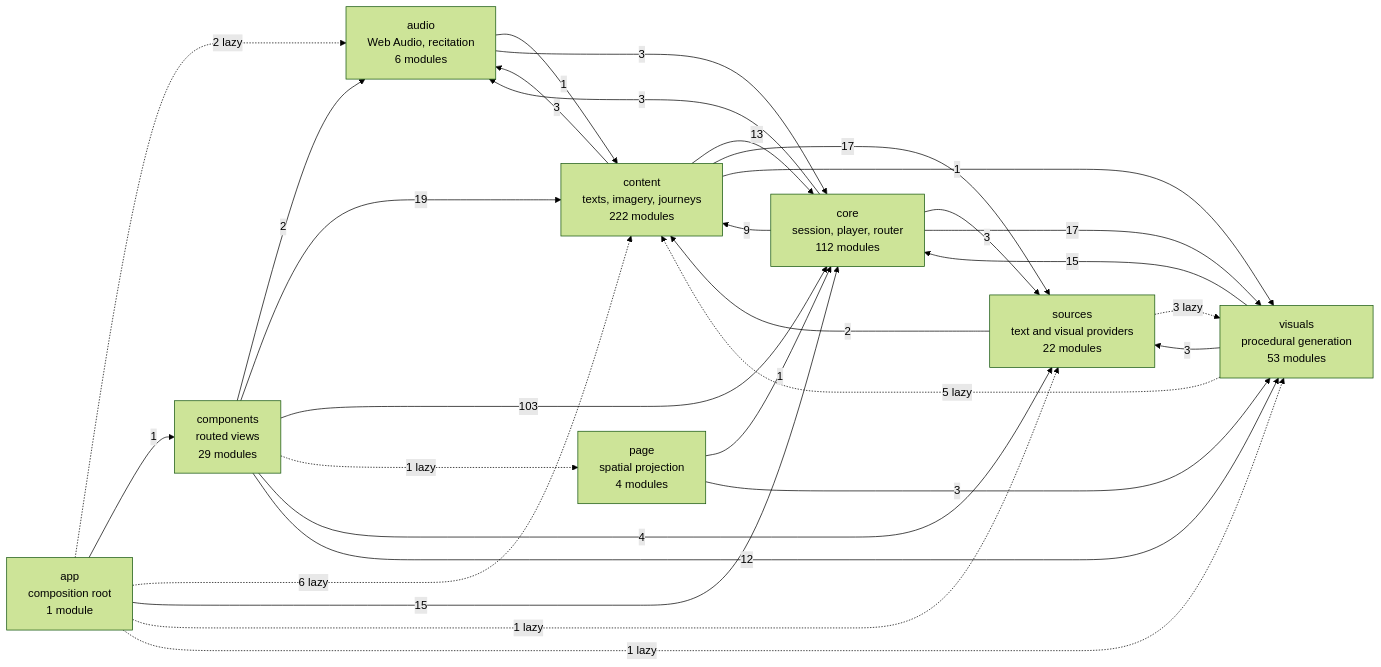
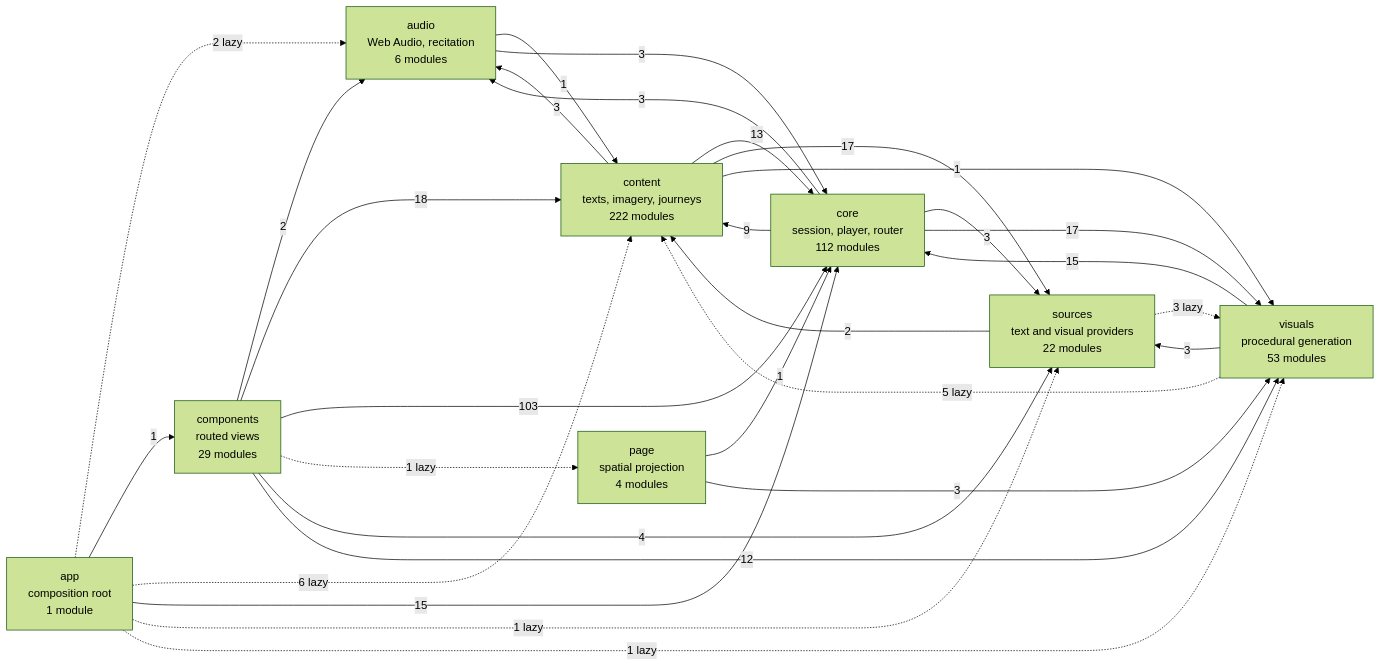
One commit to SyberLabs/RISE changed the diagram in docs/specs/ARCHITECTURE.md. Above: the diagram before and after it, drawn with Mermaid (forest theme). The commit also changed 2 other files, not shown here.

Commit message:
docs: regenerate the architecture diagram for the Vault's removal (#95)
* docs: regenerate the architecture diagram for the Vault's removal

Taking the Sequence Archetypes out of the Vault removed an import from
components into content, so the generated graph moved from 19 of those
edges to 18. The regenerated file was not committed with it, and the docs
job has been red on main since.

That matters more than one wrong number, because the check compares the
diagram against the tree it is generated from: every branch cut from main
inherits the drift and fails a job it did nothing to break. Which is what
made the last two pull requests look like they had a problem of their
own — the failure was upstream of both, and travelling.

The region between the generated markers is machine-written; this is that
machine's output, not a hand edit.

* fix: always report the four browser matrix names

A skipped matrix job reports the unexpanded name, so a ruleset that requires Browser matrix 1/4 waits forever on a prose-only pull request.

---------

````diff
--- a/docs/specs/ARCHITECTURE.md
+++ b/docs/specs/ARCHITECTURE.md
@@ -149,41 +149,41 @@
 ```mermaid
 flowchart LR
     app["app<br/>composition root<br/>1 module"]
     audio["audio<br/>Web Audio, recitation<br/>6 modules"]
     components["components<br/>routed views<br/>29 modules"]
     content["content<br/>texts, imagery, journeys<br/>222 modules"]
     core["core<br/>session, player, router<br/>112 modules"]
     page["page<br/>spatial projection<br/>4 modules"]
     sources["sources<br/>text and visual providers<br/>22 modules"]
     visuals["visuals<br/>procedural generation<br/>53 modules"]
 
     app -.-> |2 lazy| audio
     app --> |1| components
     app -.-> |6 lazy| content
     app --> |15| core
     app -.-> |1 lazy| sources
     app -.-> |1 lazy| visuals
     audio --> |1| content
     audio --> |3| core
     components --> |2| audio
-    components --> |19| content
+    components --> |18| content
     components --> |103| core
     components -.-> |1 lazy| page
     components --> |4| sources
     components --> |12| visuals
     content --> |3| audio
     content --> |13| core
     content --> |17| sources
     content --> |1| visuals
     core --> |3| audio
     core --> |9| content
     core --> |3| sources
     core --> |17| visuals
     page --> |1| core
     page --> |3| visuals
     sources --> |2| content
     sources -.-> |3 lazy| visuals
     visuals -.-> |5 lazy| content
     visuals --> |15| core
     visuals --> |3| sources
 ```
````
